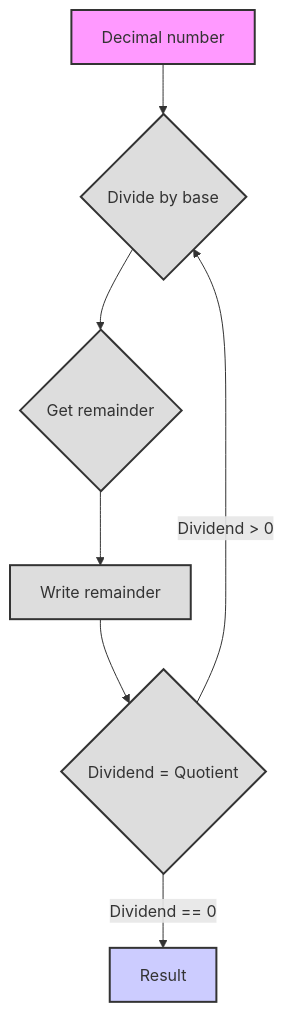
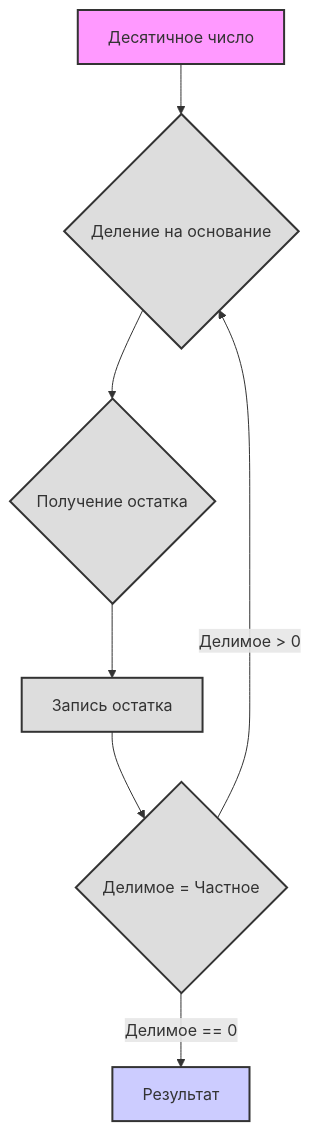
Before and after one commit to hypo69/1001-python-he: the diagram in cheatsheets/number_systems.md, drawn with Mermaid. The commit also changed other lines of this file and 869 other files, not shown here.

````diff
--- a/cheatsheets/number_systems.md
+++ b/cheatsheets/number_systems.md
@@ -969,13 +787,13 @@
 ```mermaid
 graph TD
-    A[Decimal number] --> B{Divide by base}
-    B --> C{Get remainder}
-    C --> D[Write remainder]
-    D --> E{Dividend = Quotient}
-    E -- Dividend > 0 --> B
-    E -- Dividend == 0 --> F[Result]
+    A[Десятичное число] --> B{Деление на основание}
+    B --> C{Получение остатка}
+    C --> D[Запись остатка]
+    D --> E{Делимое = Частное}
+    E -- Делимое > 0 --> B
+    E -- Делимое == 0 --> F[Результат]
     style A fill:#f9f,stroke:#333,stroke-width:2px
     style F fill:#ccf,stroke:#333,stroke-width:2px
     classDef plain fill:#ddd,stroke:#333,stroke-width:2px;
     class B,C,D,E plain;
 ```
````
